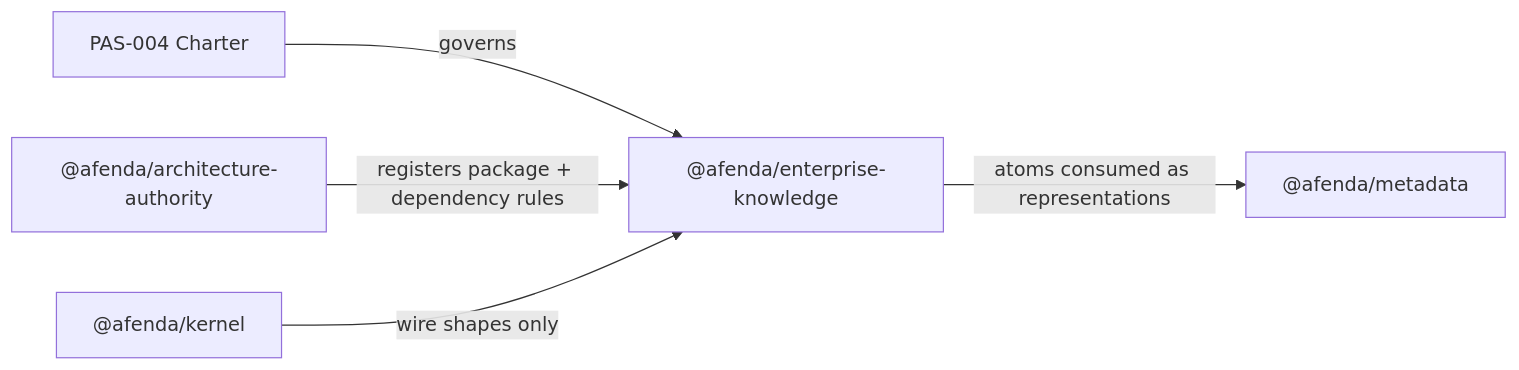
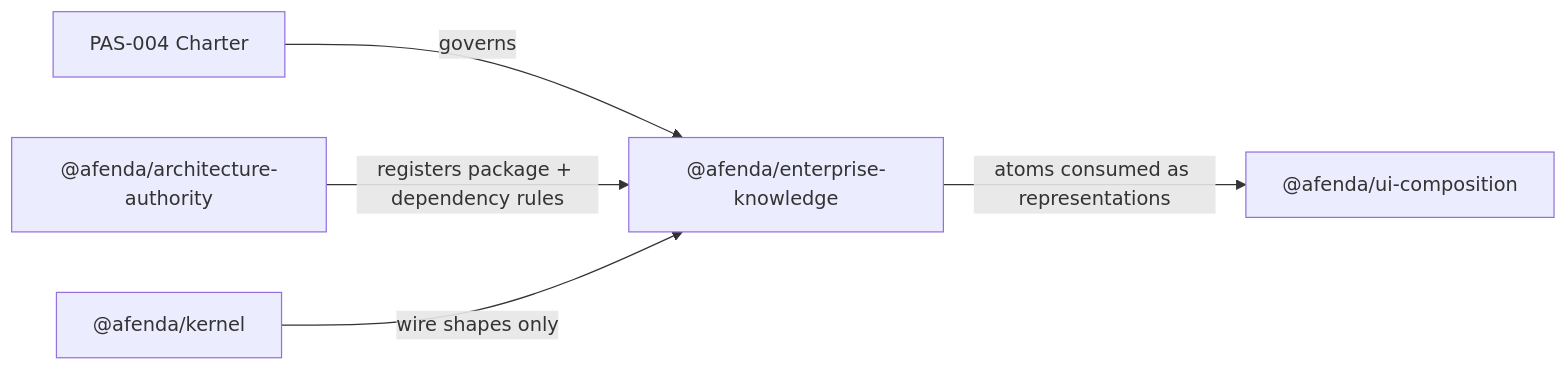
The diagram in .cursor/plans/pas-004_business_metadata_5f12bd2f.plan.md (pohlai88/afenda-Xerp), drawn with Mermaid before and after one commit. The commit also changed other lines of this file and 193 other files, not shown here.

First line of the commit message:
refactor(ui-composition): rename @afenda/metadata to @afenda/ui-composition

````diff
--- a/.cursor/plans/pas-004_business_metadata_5f12bd2f.plan.md
+++ b/.cursor/plans/pas-004_business_metadata_5f12bd2f.plan.md
@@ -51,13 +51,13 @@
 ```mermaid
 flowchart LR
   PAS004["PAS-004 Charter"]
   EK["@afenda/enterprise-knowledge"]
   AA["@afenda/architecture-authority"]
   Kernel["@afenda/kernel"]
-  Meta["@afenda/metadata"]
+  Meta["@afenda/ui-composition"]
 
   PAS004 -->|"governs"| EK
   AA -->|"registers package + dependency rules"| EK
   Kernel -->|"wire shapes only"| EK
   EK -->|"atoms consumed as representations"| Meta
 ```
````
